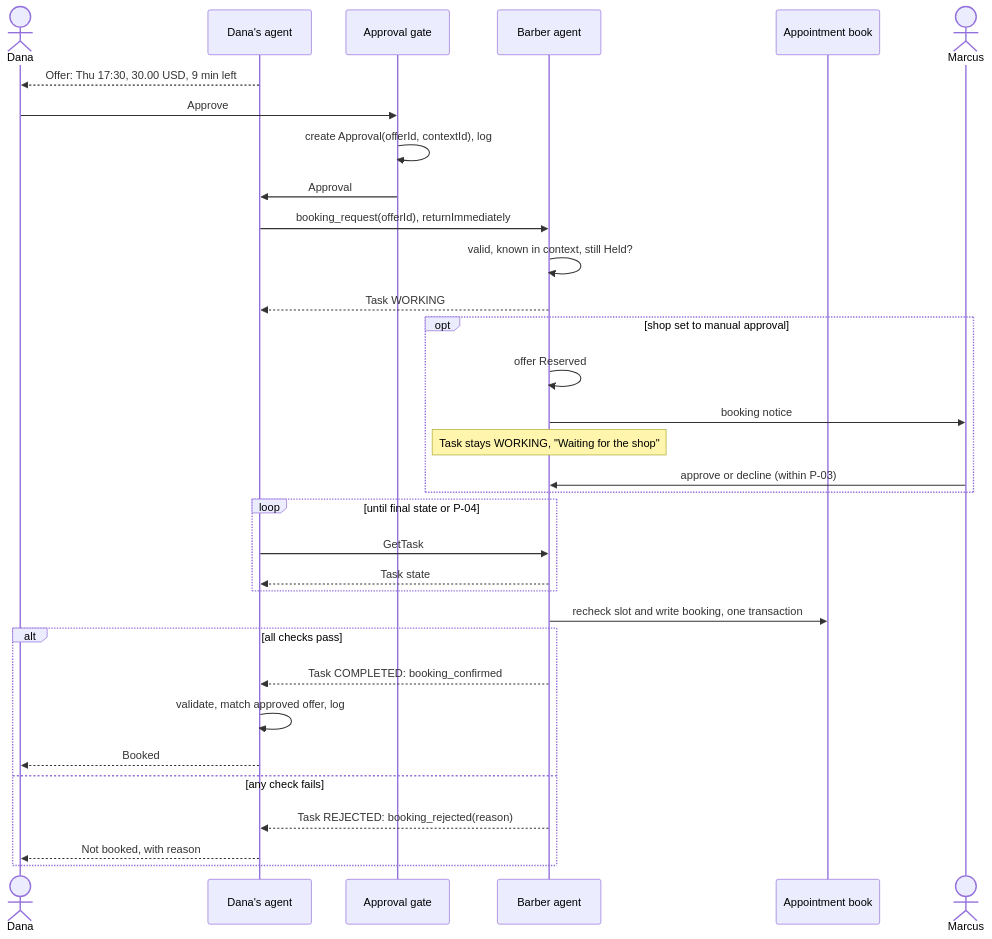
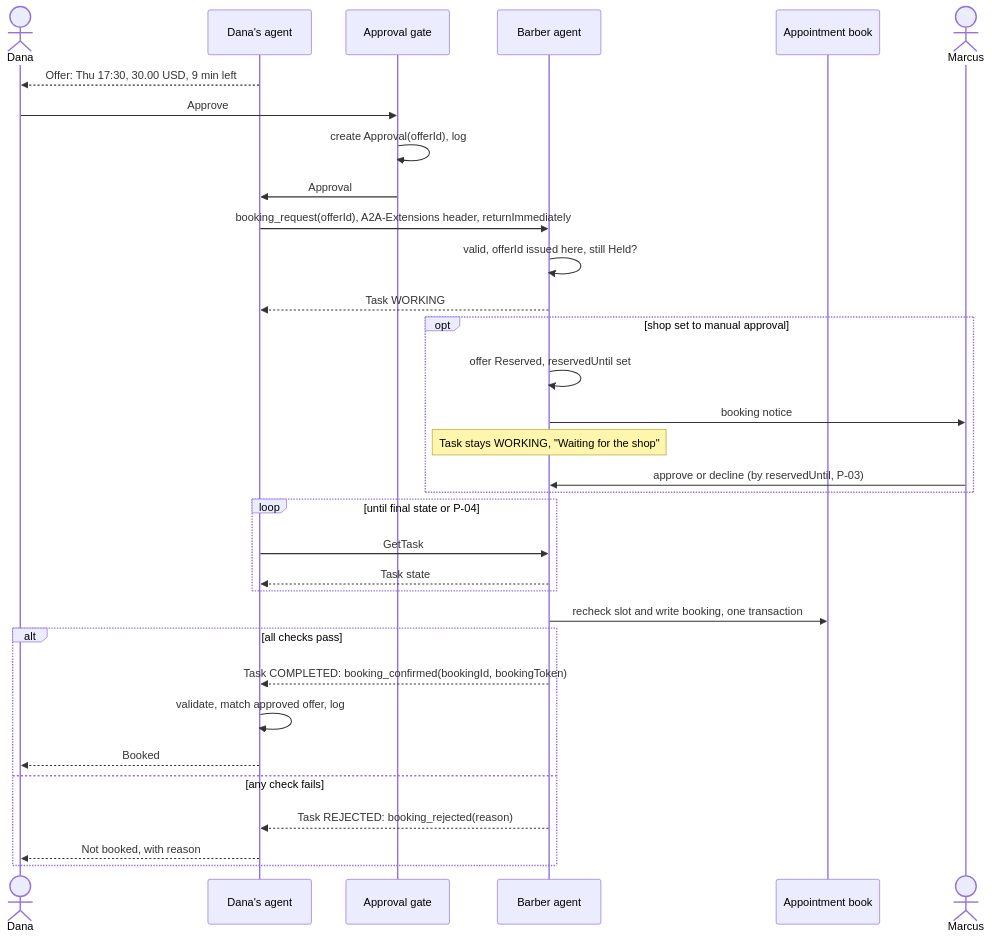
The second of 4 diagrams in docs/sad/06-use-cases.md (Jannisar01/hitchpost), drawn with Mermaid before and after one commit. The commit also changed other lines of this file and 22 other files, not shown here.

````diff
--- a/docs/sad/06-use-cases.md
+++ b/docs/sad/06-use-cases.md
@@ -107,36 +107,36 @@
 ```mermaid
 sequenceDiagram
     actor Dana
     participant DA as Dana's agent
     participant Gate as Approval gate
     participant BA as Barber agent
     participant Book as Appointment book
     actor Marcus
 
     DA-->>Dana: Offer: Thu 17:30, 30.00 USD, 9 min left
     Dana->>Gate: Approve
-    Gate->>Gate: create Approval(offerId, contextId), log
+    Gate->>Gate: create Approval(offerId), log
     Gate->>DA: Approval
-    DA->>BA: booking_request(offerId), returnImmediately
-    BA->>BA: valid, known in context, still Held?
+    DA->>BA: booking_request(offerId), A2A-Extensions header, returnImmediately
+    BA->>BA: valid, offerId issued here, still Held?
     BA-->>DA: Task WORKING
     opt shop set to manual approval
-        BA->>BA: offer Reserved
+        BA->>BA: offer Reserved, reservedUntil set
         BA->>Marcus: booking notice
         Note over BA: Task stays WORKING, "Waiting for the shop"
-        Marcus->>BA: approve or decline (within P-03)
+        Marcus->>BA: approve or decline (by reservedUntil, P-03)
     end
     loop until final state or P-04
         DA->>BA: GetTask
         BA-->>DA: Task state
     end
     BA->>Book: recheck slot and write booking, one transaction
     alt all checks pass
-        BA-->>DA: Task COMPLETED: booking_confirmed
+        BA-->>DA: Task COMPLETED: booking_confirmed(bookingId, bookingToken)
         DA->>DA: validate, match approved offer, log
         DA-->>Dana: Booked
     else any check fails
         BA-->>DA: Task REJECTED: booking_rejected(reason)
         DA-->>Dana: Not booked, with reason
     end
 ```
````
